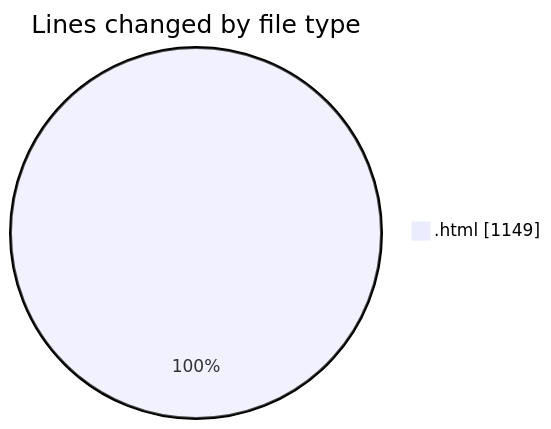
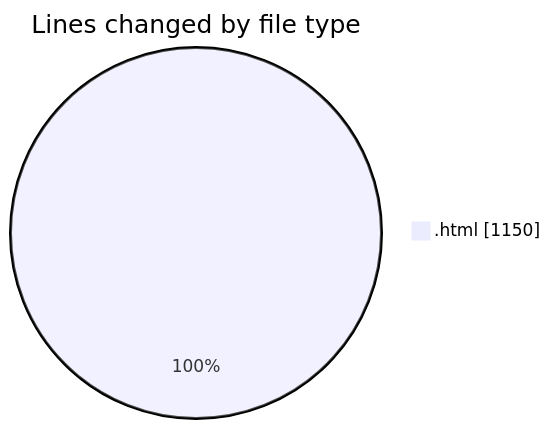
One commit to vahidmafi/code-tracking changed the first of 2 diagrams in 2025-04-17/horizon/README.md. Above: the diagram before and after it, drawn with Mermaid. The commit also changed other lines of this file and 1 other file, not shown here.

````diff
--- a/2025-04-17/horizon/README.md
+++ b/2025-04-17/horizon/README.md
@@ -21,5 +21,5 @@
 ```mermaid
 pie showData
 title Lines changed by file type
-".html" : 1149
+".html" : 1150
 ```
````
